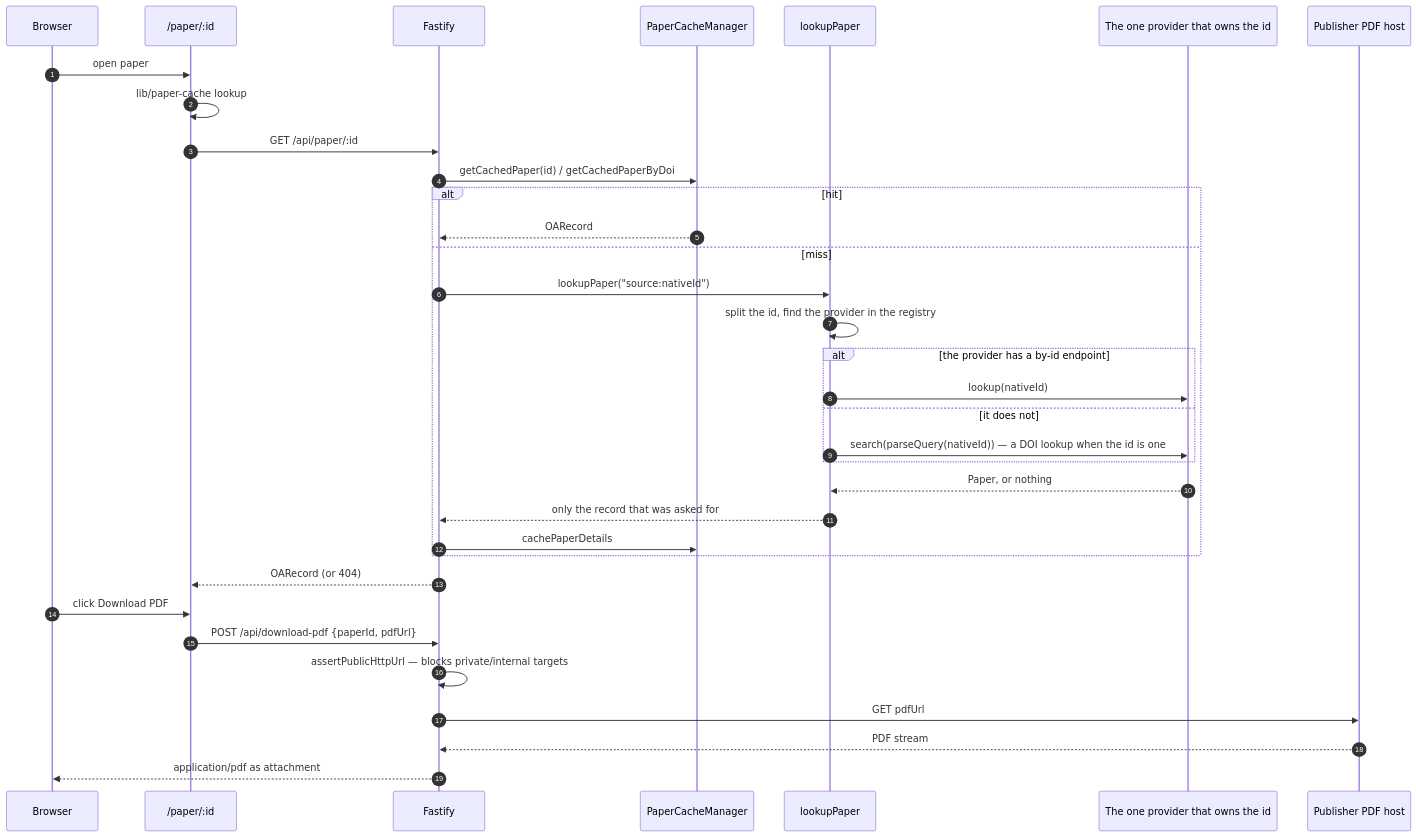
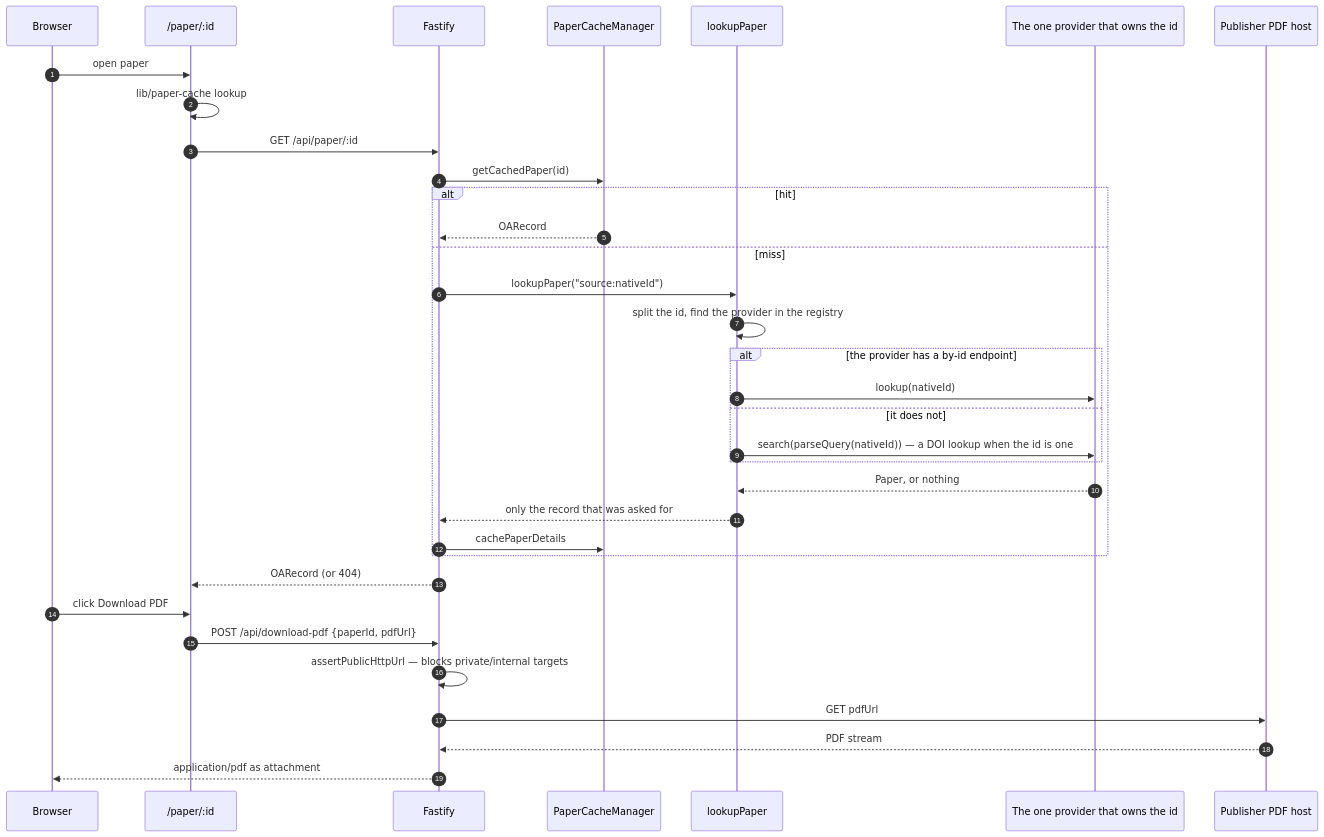
Before and after one commit to matiasrodlo/sci-open: the third of 4 diagrams in docs/architecture-diagram.md, drawn with Mermaid. The commit also changed other lines of this file and 19 other files, not shown here.

````diff
--- a/docs/architecture-diagram.md
+++ b/docs/architecture-diagram.md
@@ -277,38 +276,38 @@
 ```mermaid
 sequenceDiagram
     autonumber
     participant U as Browser
     participant P as /paper/:id
     participant F as Fastify
     participant PC as PaperCacheManager
     participant L as lookupPaper
     participant PR as The one provider that owns the id
     participant H as Publisher PDF host
 
     U->>P: open paper
     P->>P: lib/paper-cache lookup
     P->>F: GET /api/paper/:id
-    F->>PC: getCachedPaper(id) / getCachedPaperByDoi
+    F->>PC: getCachedPaper(id)
     alt hit
         PC-->>F: OARecord
     else miss
         F->>L: lookupPaper("source:nativeId")
         L->>L: split the id, find the provider in the registry
         alt the provider has a by-id endpoint
             L->>PR: lookup(nativeId)
         else it does not
             L->>PR: search(parseQuery(nativeId)) — a DOI lookup when the id is one
         end
         PR-->>L: Paper, or nothing
         L-->>F: only the record that was asked for
         F->>PC: cachePaperDetails
     end
     F-->>P: OARecord (or 404)
 
     U->>P: click Download PDF
     P->>F: POST /api/download-pdf {paperId, pdfUrl}
     F->>F: assertPublicHttpUrl — blocks private/internal targets
     F->>H: GET pdfUrl
     H-->>F: PDF stream
     F-->>U: application/pdf as attachment
 ```
````
